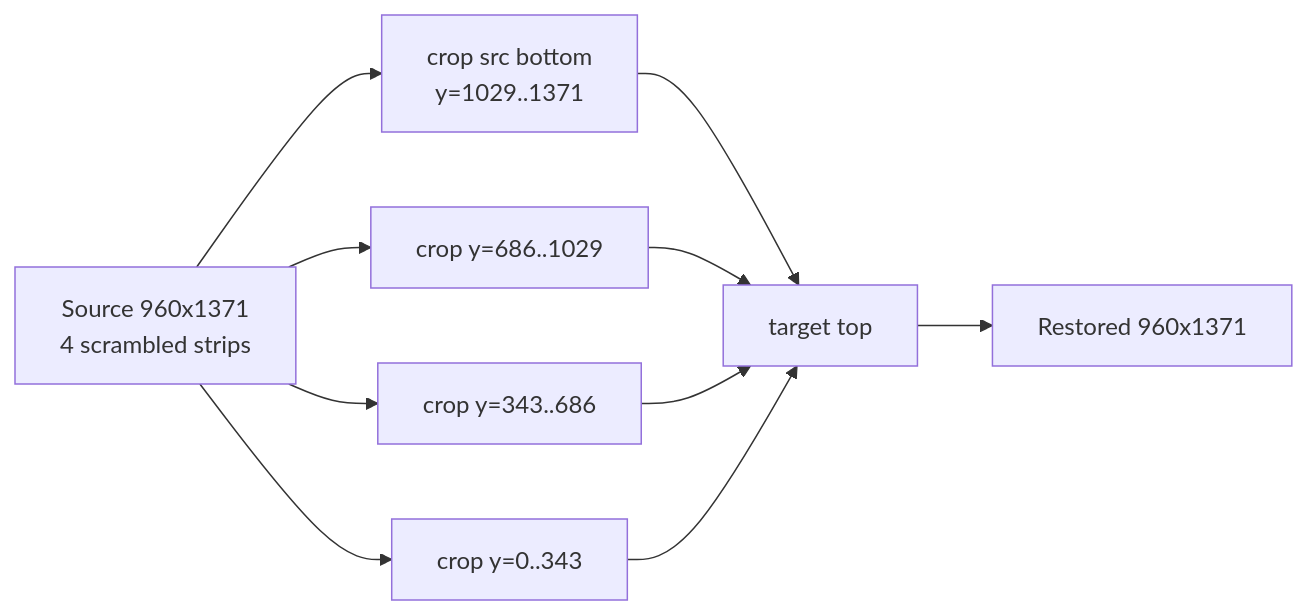
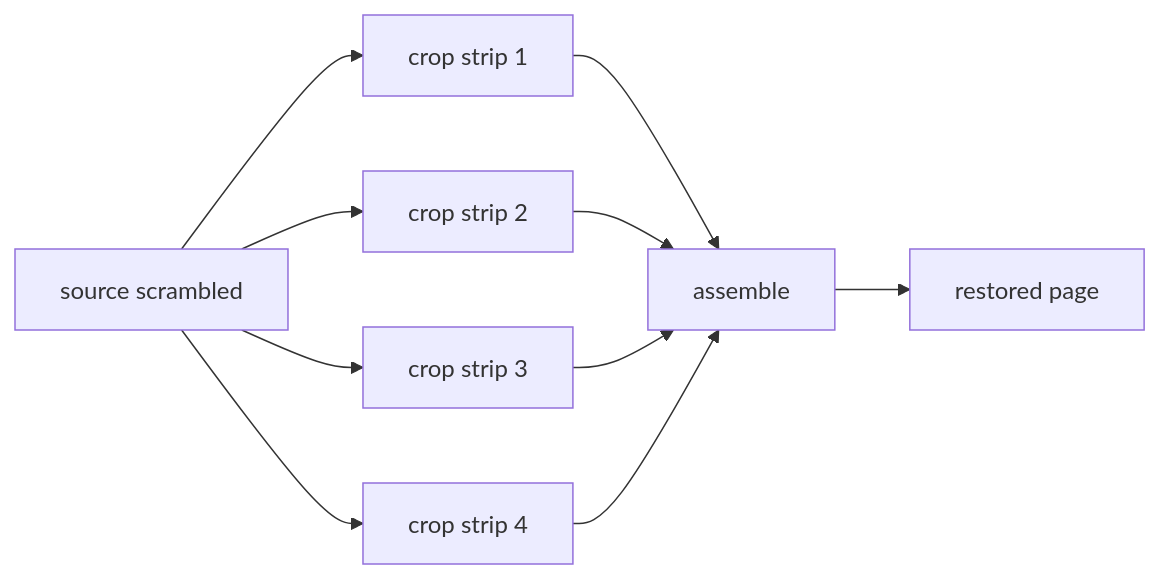
The diagram in docs/en/architecture/transcode.md (aDarkMaker/JMFM), drawn with Mermaid before and after one commit. The commit also changed 20 other files, not shown here.

Commit message:
docs: fix mermaid diagrams and tighten wiki copy

````diff
--- a/docs/en/architecture/transcode.md
+++ b/docs/en/architecture/transcode.md
@@ -40,12 +40,12 @@
 ```mermaid
 flowchart LR
-    src["Source 960x1371<br/>4 scrambled strips"] --> c1["crop src bottom<br/>y=1029..1371"]
-    src --> c2["crop y=686..1029"]
-    src --> c3["crop y=343..686"]
-    src --> c4["crop y=0..343"]
-    c1 --> a["target top"]
+    src[source scrambled] --> c1[crop strip 1]
+    src --> c2[crop strip 2]
+    src --> c3[crop strip 3]
+    src --> c4[crop strip 4]
+    c1 --> a[assemble]
     c2 --> a
     c3 --> a
     c4 --> a
-    a --> out["Restored 960x1371"]
+    a --> out[restored page]
 ```
````
